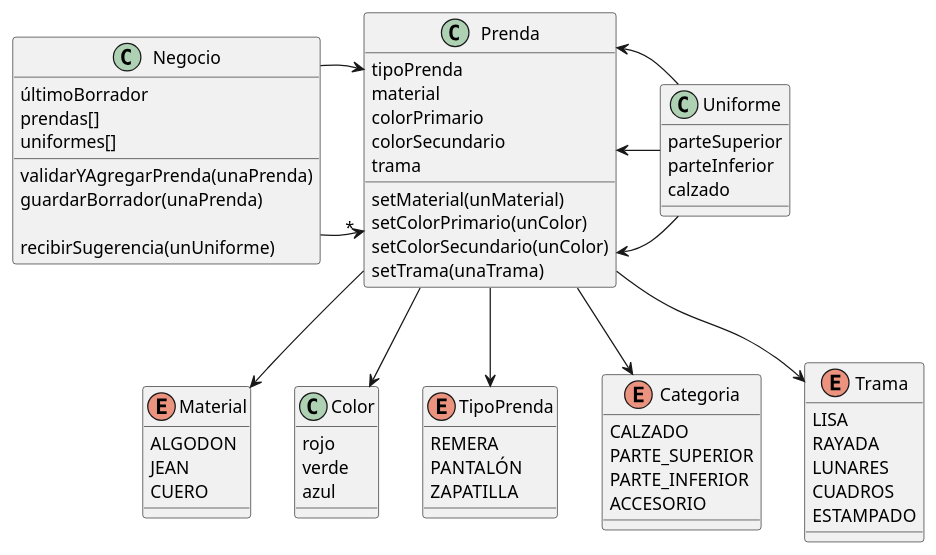
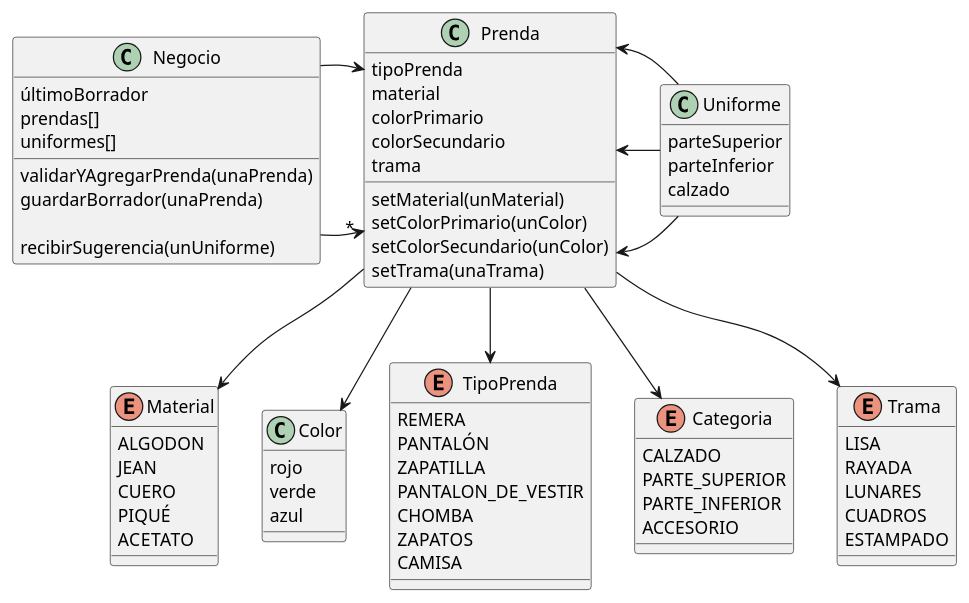
One commit to SwaXTech/QMP-1ra-Iteracion changed the diagram in SegundaIteracion/diagramaDeclases.plantuml. Above: the diagram before and after it, drawn with PlantUML.

Commit message:
Agregados algunos materiales y tipos de prenda basados en el ejemplo

```diff
--- a/SegundaIteracion/diagramaDeclases.plantuml
+++ b/SegundaIteracion/diagramaDeclases.plantuml
@@ -1,84 +1,90 @@
 @startuml QMP Segunda Iteración
 
 class Prenda{
   tipoPrenda
   material
   colorPrimario
   colorSecundario
   trama
 
   setMaterial(unMaterial)
   setColorPrimario(unColor)
   setColorSecundario(unColor)
   setTrama(unaTrama)
 }
 
 Prenda -d-> Material
 enum Material{
   ALGODON
   JEAN
   CUERO
+  PIQUÉ
+  ACETATO
 }
 
 Prenda -d-> Color
 class Color{
   rojo
   verde
   azul
 }
 
 Prenda -d-> TipoPrenda
 enum TipoPrenda{
   REMERA
   PANTALÓN
   ZAPATILLA
+  PANTALON_DE_VESTIR
+  CHOMBA
+  ZAPATOS
+  CAMISA
 }
 
 
 Prenda -d-> Categoria
 enum Categoria{
   CALZADO
   PARTE_SUPERIOR
   PARTE_INFERIOR
   ACCESORIO
 }
 
 Prenda -d-> Trama
 enum Trama{
   LISA
   RAYADA
   LUNARES
   CUADROS
   ESTAMPADO
 }
 
 
 Negocio -> "*" Prenda
 Negocio -> Prenda
 class Negocio{
 
   últimoBorrador
   prendas[]
   uniformes[]
 
   validarYAgregarPrenda(unaPrenda)
   guardarBorrador(unaPrenda)
 
   recibirSugerencia(unUniforme)
 
 }
 
 
 Uniforme -l-> Prenda
 Uniforme -l-> Prenda
 Uniforme -l-> Prenda
 class Uniforme{
   parteSuperior
   parteInferior
   calzado
 }
 
 
 
 
 @enduml
```
